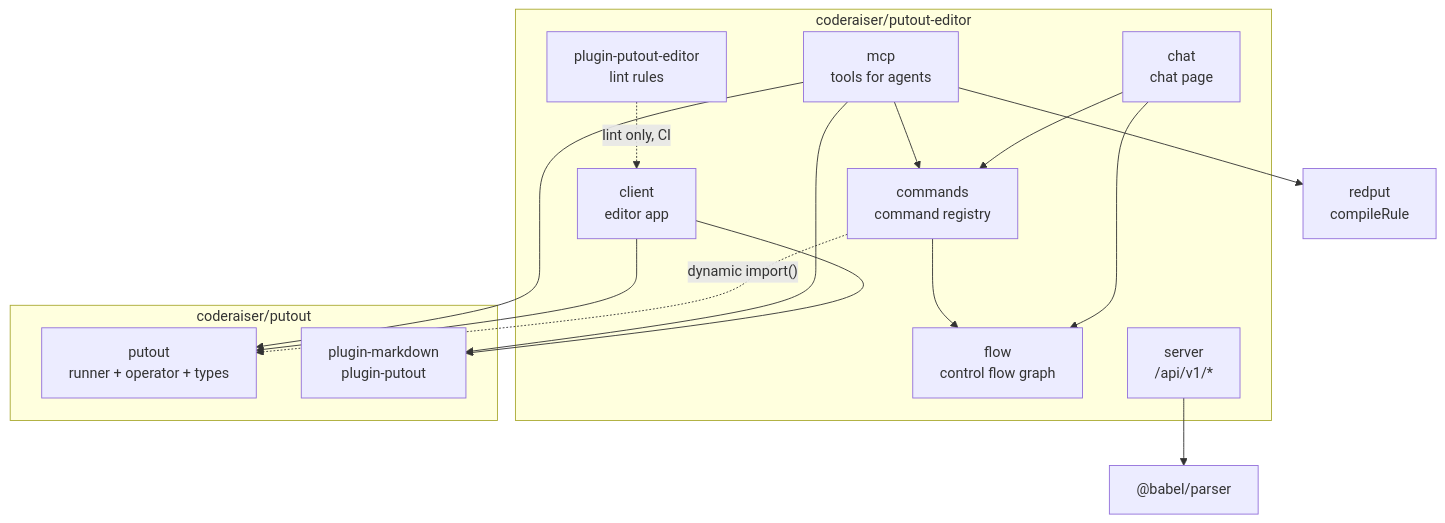
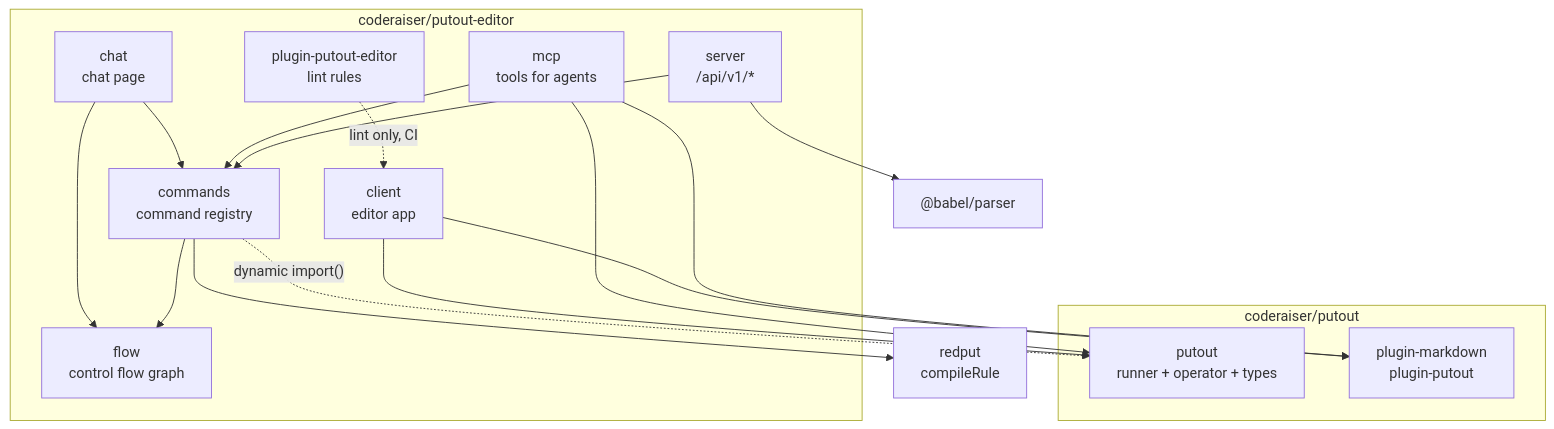
Before and after one commit to coderaiser/putout-editor: the first of 2 diagrams in docs/architecture.md, drawn with Mermaid. The commit also changed other lines of this file and 151 other files, not shown here.

````diff
--- a/docs/architecture.md
+++ b/docs/architecture.md
@@ -20,33 +20,34 @@
 ```mermaid
 graph TD
     subgraph editorRepo["coderaiser/putout-editor"]
         client["client<br/>editor app"]
         chat["chat<br/>chat page"]
         commands["commands<br/>command registry"]
         flow["flow<br/>control flow graph"]
         server["server<br/>/api/v1/*"]
         mcp["mcp<br/>tools for agents"]
         plugin["plugin-putout-editor<br/>lint rules"]
     end
 
     subgraph upstream["coderaiser/putout"]
         putout["putout<br/>runner + operator + types"]
         putoutPlugin["plugin-markdown<br/>plugin-putout"]
     end
 
     redput["redput<br/>compileRule"]
     babel["@babel/parser"]
 
     chat --> commands
     chat --> flow
     commands --> flow
     mcp --> commands
     commands -.->|"dynamic import()"| putout
     client --> putout
     client --> putoutPlugin
     mcp --> putout
     mcp --> putoutPlugin
-    mcp --> redput
+    commands --> redput
     server --> babel
+    server --> commands
     plugin -.->|"lint only, CI"| client
 ```
````
